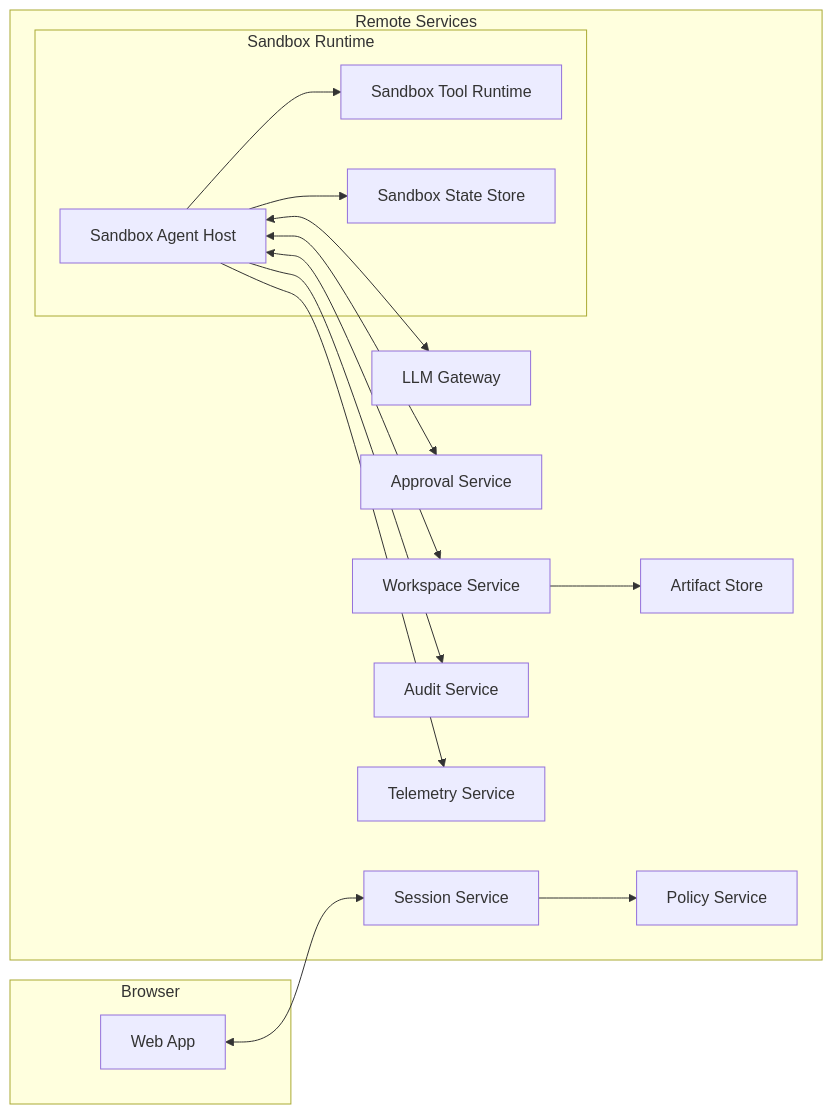
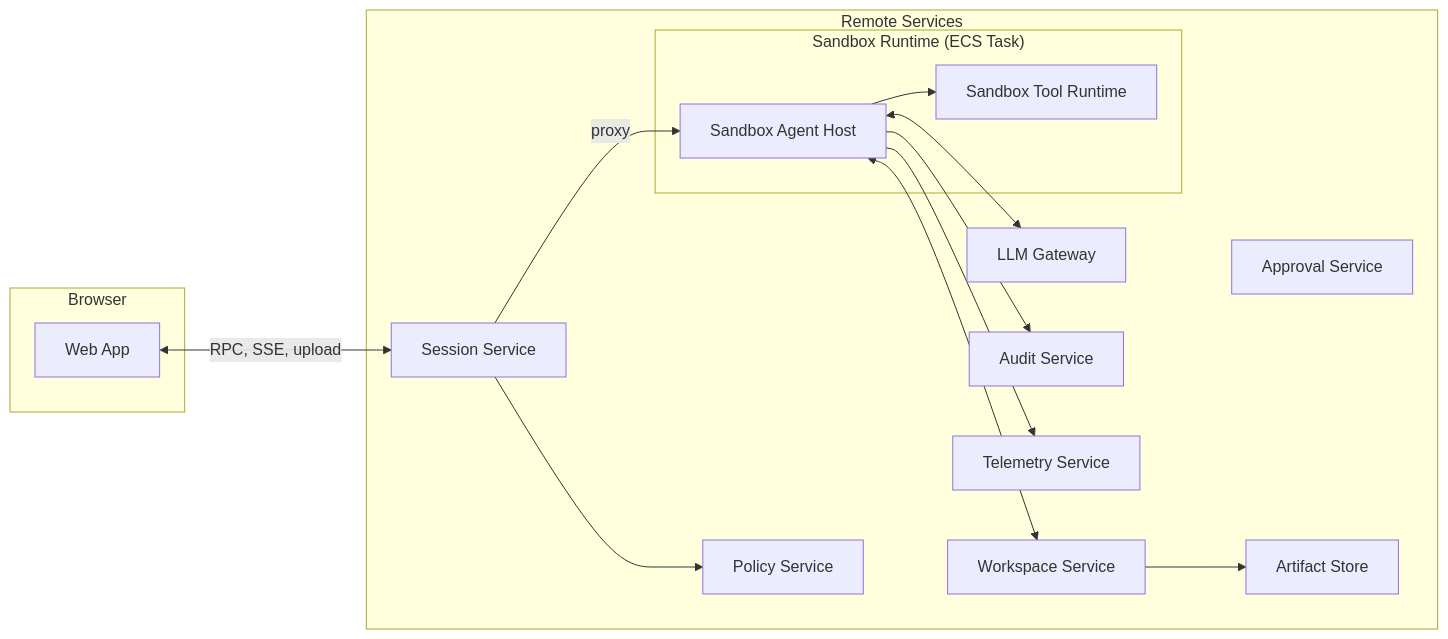
Before and after one commit to suman724/cowork-infra: the sixth of 6 diagrams in docs/architecture.md, drawn with Mermaid. The commit also changed other lines of this file and 10 other files, not shown here.

````diff
--- a/docs/architecture.md
+++ b/docs/architecture.md
@@ -809,34 +817,32 @@
 ```mermaid
 flowchart LR
   subgraph Browser["Browser"]
     WebApp["Web App"]
   end
 
   subgraph RemoteServices["Remote Services"]
     SessionService["Session Service"]
     LLMGateway["LLM Gateway"]
     PolicyService["Policy Service"]
     ApprovalService["Approval Service"]
     WorkspaceService["Workspace Service"]
     AuditService["Audit Service"]
     TelemetryService["Telemetry Service"]
 
-    subgraph SandboxRuntime["Sandbox Runtime"]
+    subgraph SandboxRuntime["Sandbox Runtime (ECS Task)"]
       SandboxAgentHost["Sandbox Agent Host"]
       SandboxToolRuntime["Sandbox Tool Runtime"]
-      SandboxStateStore["Sandbox State Store"]
       SandboxAgentHost --> SandboxToolRuntime
-      SandboxAgentHost --> SandboxStateStore
     end
 
+    SessionService -->|proxy| SandboxAgentHost
     SessionService --> PolicyService
     WorkspaceService --> ArtifactStore["Artifact Store"]
   end
 
-  WebApp <--> SessionService
+  WebApp <-->|RPC, SSE, upload| SessionService
   SandboxAgentHost <--> LLMGateway
-  SandboxAgentHost <--> ApprovalService
   SandboxAgentHost <--> WorkspaceService
   SandboxAgentHost --> AuditService
   SandboxAgentHost --> TelemetryService
 ```
````
